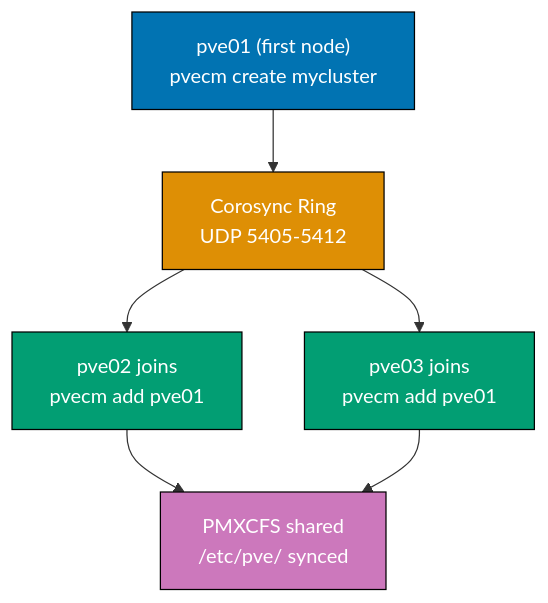
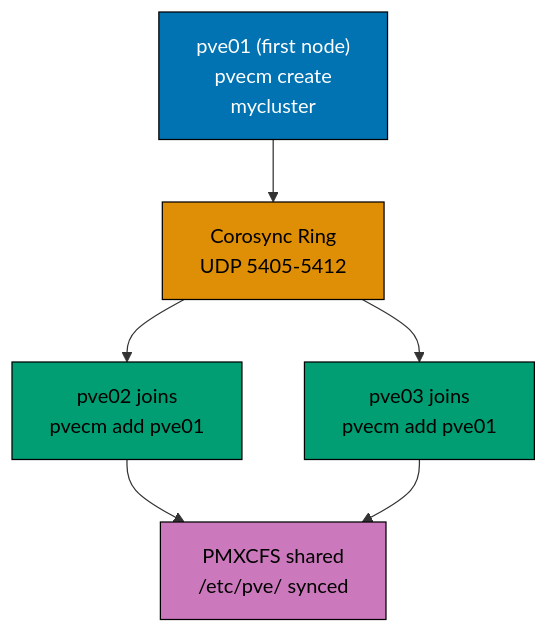
One commit to wahidyankf/ose-public changed the first of 9 diagrams in apps/ayokoding-www/content/en/learn/legacy/software-engineering/infrastructure/tools/proxmox/by-example/intermediate.md. Above: the diagram before and after it, drawn with Mermaid. The commit also changed other lines of this file and 131 other files, not shown here.

First line of the commit message:
fix(mermaid): bring the legacy data, infrastructure, and testing diagrams onto the accessible palette

````diff
--- a/apps/ayokoding-www/content/en/learn/legacy/software-engineering/infrastructure/tools/proxmox/by-example/intermediate.md
+++ b/apps/ayokoding-www/content/en/learn/legacy/software-engineering/infrastructure/tools/proxmox/by-example/intermediate.md
@@ -18,15 +18,22 @@
 ```mermaid
 %% Color Palette: Blue #0173B2, Orange #DE8F05, Teal #029E73, Purple #CC78BC, Brown #CA9161
 graph TD
-    A["pve01 (first node)<br/>pvecm create mycluster"] --> B["Corosync Ring<br/>UDP 5405-5412"]
+    accTitle: Example 29: Create and Join a Multi-Node Cluster
+    accDescr: Graph with 5 nodes and 5 connections. Nodes: pve01 (first node) pvecm create mycluster, Corosync Ring UDP 5405-5412, pve02 joins pvecm add pve01, pve03 joins pvecm add pve01, PMXCFS shared /etc/pve/ synced. Connections: pve01 (first node) pvecm create mycluster to Corosync Ring UDP 5405-5412, Corosync Ring UDP 5405-5412 to pve02 joins pvecm add pve01, Corosync Ring UDP 5405-5412 to pve03 joins pvecm add pve01, pve02 joins pvecm add pve01 to PMXCFS shared /etc/pve/ synced, pve03 joins pvecm add pve01 to PMXCFS shared /etc/pve/ synced.
+    A["pve01 (first node)<br/>pvecm create<br/>mycluster"] --> B["Corosync Ring<br/>UDP 5405-5412"]
     B --> C["pve02 joins<br/>pvecm add pve01"]
     B --> D["pve03 joins<br/>pvecm add pve01"]
     C --> E["PMXCFS shared<br/>/etc/pve/ synced"]
     D --> E
 
-    style A fill:#0173B2,color:#fff,stroke:#000
-    style B fill:#DE8F05,color:#fff,stroke:#000
-    style C fill:#029E73,color:#fff,stroke:#000
-    style D fill:#029E73,color:#fff,stroke:#000
-    style E fill:#CC78BC,color:#fff,stroke:#000
+    classDef pal-0173B2 fill:#0173B2,stroke:#000000,color:#FFFFFF
+    class A pal-0173B2
+    classDef pal-DE8F05 fill:#DE8F05,stroke:#000000,color:#000000
+    class B pal-DE8F05
+    classDef pal-029E73 fill:#029E73,stroke:#000000,color:#000000
+    class C pal-029E73
+    class D pal-029E73
+    classDef pal-CC78BC fill:#CC78BC,stroke:#000000,color:#000000
+    class E pal-CC78BC
+    classDef default fill:#FFFFFF,stroke:#000000,color:#000000
 ```
````
